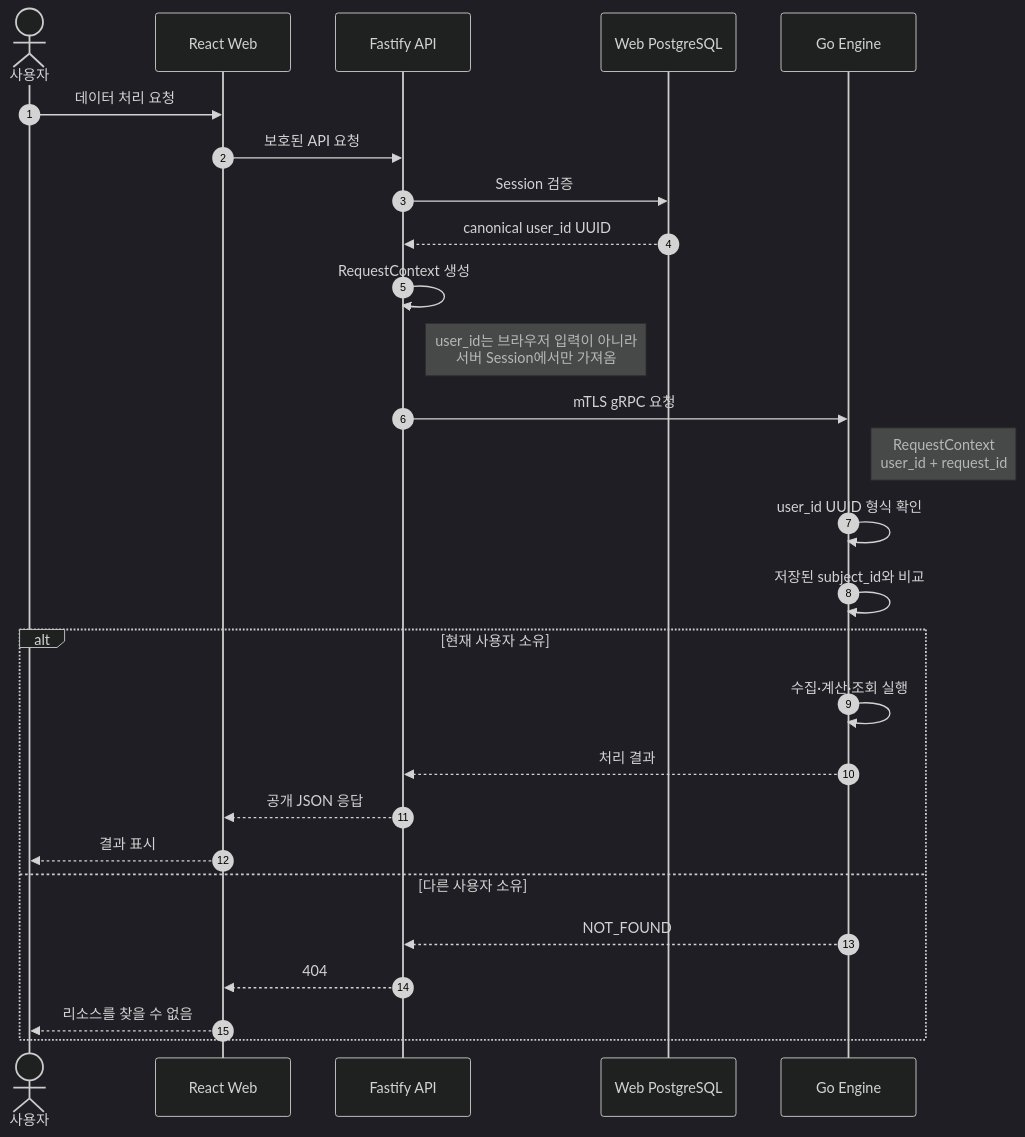
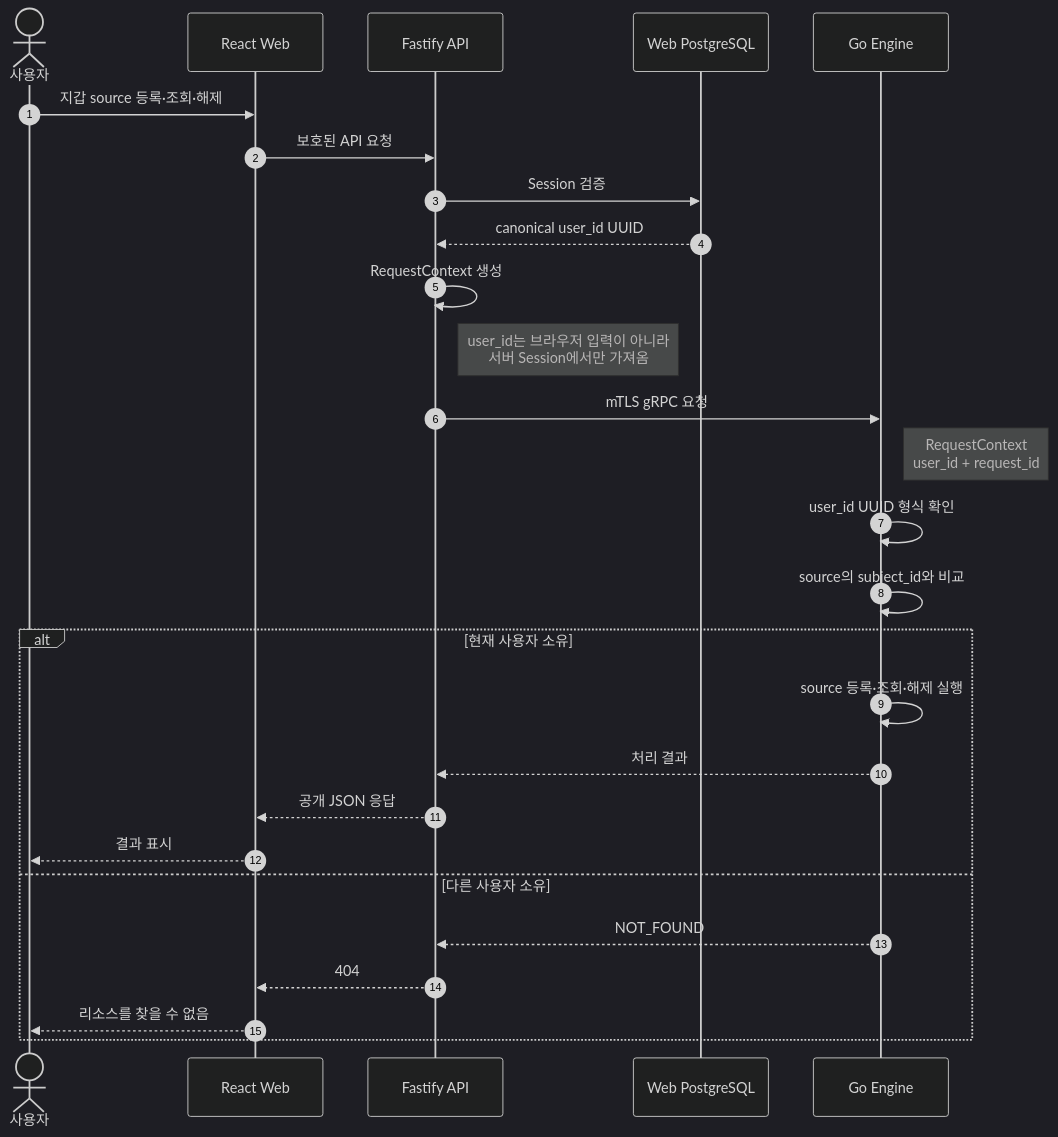
Before and after one commit to BackwardLabs/daejang: the fourth of 5 diagrams in docs/auth-session-sequences.md, drawn with Mermaid (dark theme). The commit also changed other lines of this file and 36 other files, not shown here.

````diff
--- a/docs/auth-session-sequences.md
+++ b/docs/auth-session-sequences.md
@@ -127,36 +127,36 @@
 ```mermaid
 sequenceDiagram
   autonumber
 
   actor U as 사용자
   participant W as React Web
   participant B as Fastify API
   participant P as Web PostgreSQL
   participant E as Go Engine
 
-  U->>W: 데이터 처리 요청
+  U->>W: 지갑 source 등록·조회·해제
   W->>B: 보호된 API 요청
 
   B->>P: Session 검증
   P-->>B: canonical user_id UUID
 
   B->>B: RequestContext 생성
   Note right of B: user_id는 브라우저 입력이 아니라<br/>서버 Session에서만 가져옴
 
   B->>E: mTLS gRPC 요청
   Note right of E: RequestContext<br/>user_id + request_id
 
   E->>E: user_id UUID 형식 확인
-  E->>E: 저장된 subject_id와 비교
+  E->>E: source의 subject_id와 비교
 
   alt 현재 사용자 소유
-    E->>E: 수집·계산·조회 실행
+    E->>E: source 등록·조회·해제 실행
     E-->>B: 처리 결과
     B-->>W: 공개 JSON 응답
     W-->>U: 결과 표시
   else 다른 사용자 소유
     E-->>B: NOT_FOUND
     B-->>W: 404
     W-->>U: 리소스를 찾을 수 없음
   end
 ```
````
